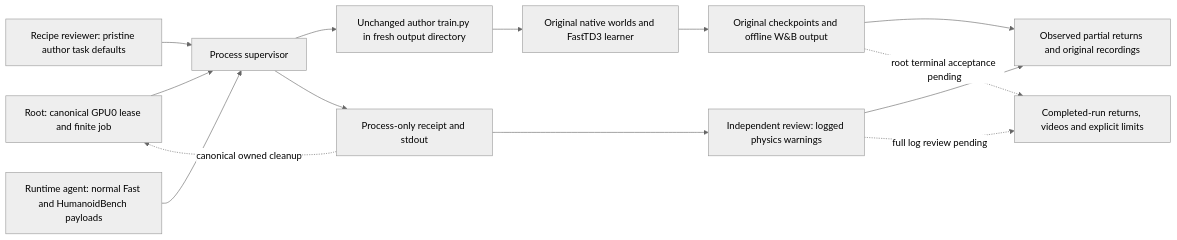
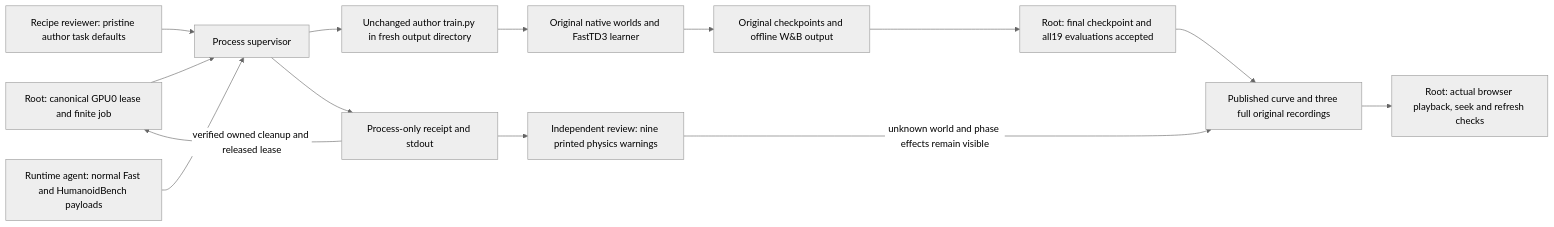
One commit to aditya9729/abc changed the diagram in docs/bench/FASTTD3_ORIGINAL_PROGRAM.mmd. Above: the diagram before and after it, drawn with Mermaid (neutral theme). The commit also changed 4 other files, not shown here.

Commit message:
Publish completed original FastTD3 run and start reviewed real-time EXPO profile

```diff
--- a/docs/bench/FASTTD3_ORIGINAL_PROGRAM.mmd
+++ b/docs/bench/FASTTD3_ORIGINAL_PROGRAM.mmd
@@ -1,14 +1,14 @@
 flowchart LR
   R[Root: canonical GPU0 lease and finite job] --> S[Process supervisor]
   A[Recipe reviewer: pristine author task defaults] --> S
   P[Runtime agent: normal Fast and HumanoidBench payloads] --> S
   S --> C[Unchanged author train.py in fresh output directory]
   C --> W[Original native worlds and FastTD3 learner]
   W --> O[Original checkpoints and offline W&B output]
   S --> E[Process-only receipt and stdout]
-  O --> L[Observed partial returns and original recordings]
-  E --> D[Independent review: logged physics warnings]
-  D --> L
-  O -. root terminal acceptance pending .-> V[Completed-run returns, videos and explicit limits]
-  D -. full log review pending .-> V
-  E -. canonical owned cleanup .-> R
+  O --> L[Root: final checkpoint and all19 evaluations accepted]
+  E --> D[Independent review: nine printed physics warnings]
+  L --> V[Published curve and three full original recordings]
+  D -->|unknown world and phase effects remain visible| V
+  V --> B[Root: actual browser playback, seek and refresh checks]
+  E -->|verified owned cleanup and released lease| R
```
